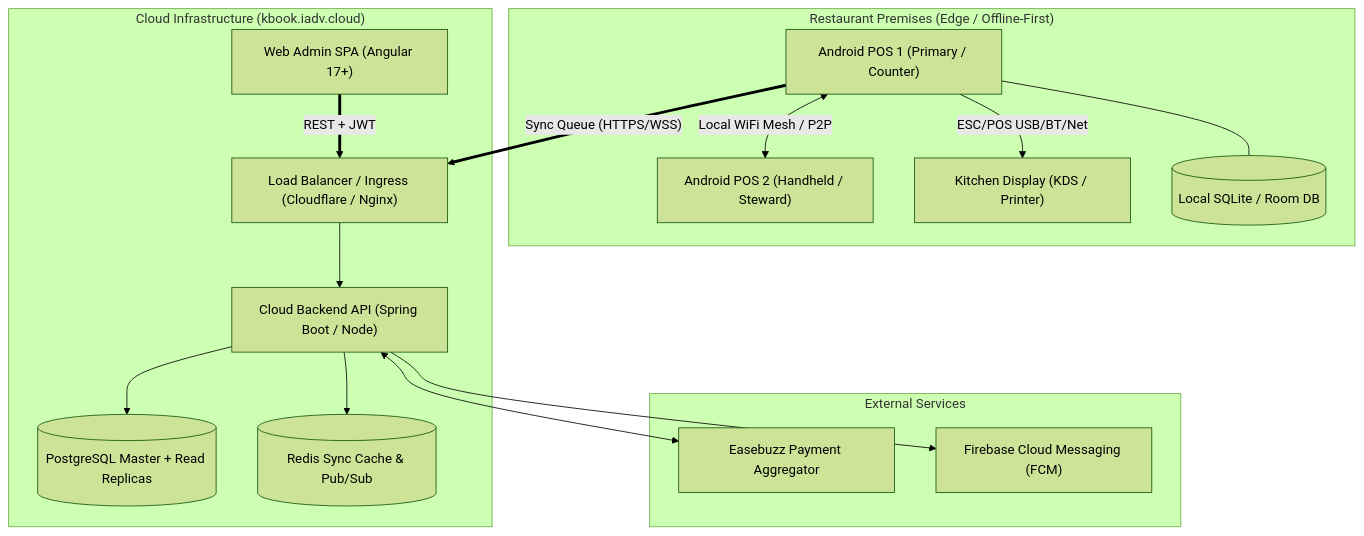
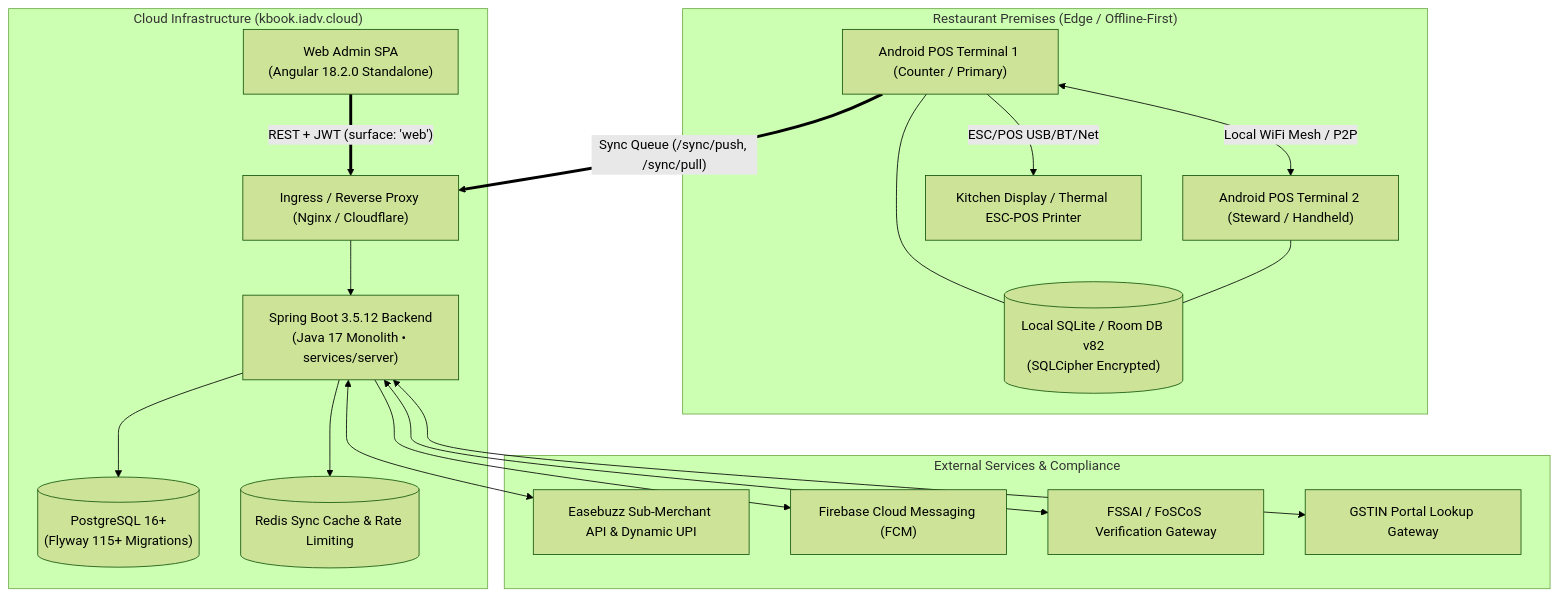
One commit to nandhakumarnagaraj/Kbook changed the first of 2 diagrams in ARCHITECTURE.md. Above: the diagram before and after it, drawn with Mermaid (forest theme). The commit also changed other lines of this file and 6 other files, not shown here.

````diff
--- a/ARCHITECTURE.md
+++ b/ARCHITECTURE.md
@@ -13,34 +13,39 @@
 ```mermaid
 flowchart TB
     subgraph Edge["Restaurant Premises (Edge / Offline-First)"]
-        POS1["Android POS 1 (Primary / Counter)"]
-        POS2["Android POS 2 (Handheld / Steward)"]
-        KDS["Kitchen Display (KDS / Printer)"]
+        POS1["Android POS Terminal 1 (Counter / Primary)"]
+        POS2["Android POS Terminal 2 (Steward / Handheld)"]
+        KDS["Kitchen Display / Thermal ESC-POS Printer"]
+        RoomDB[("Local SQLite / Room DB v82\n(SQLCipher Encrypted)")]
         
         POS1 <--> |Local WiFi Mesh / P2P| POS2
         POS1 --> |ESC/POS USB/BT/Net| KDS
-        POS1 --- SQLite[("Local SQLite / Room DB")]
+        POS1 --- RoomDB
+        POS2 --- RoomDB
     end
 
     subgraph Cloud["Cloud Infrastructure (kbook.iadv.cloud)"]
-        LB["Load Balancer / Ingress (Cloudflare / Nginx)"]
-        API["Cloud Backend API (Spring Boot / Node)"]
-        PG[("PostgreSQL Master + Read Replicas")]
-        Redis[("Redis Sync Cache & Pub/Sub")]
-        
-        WebAdmin["Web Admin SPA (Angular 17+)"]
+        LB["Ingress / Reverse Proxy (Nginx / Cloudflare)"]
+        Server["Spring Boot 3.5.12 Backend\n(Java 17 Monolith • services/server)"]
+        PG[("PostgreSQL 16+\n(Flyway 115+ Migrations)")]
+        Redis[("Redis Sync Cache & Rate Limiting")]
+        WebAdmin["Web Admin SPA\n(Angular 18.2.0 Standalone)"]
     end
 
-    subgraph Integrations["External Services"]
-        Easebuzz["Easebuzz Payment Aggregator"]
-        Firebase["Firebase Cloud Messaging (FCM)"]
+    subgraph Integrations["External Services & Compliance"]
+        Easebuzz["Easebuzz Sub-Merchant API & Dynamic UPI"]
+        FCM["Firebase Cloud Messaging (FCM)"]
+        FSSAI["FSSAI / FoSCoS Verification Gateway"]
+        GST["GSTIN Portal Lookup Gateway"]
     end
 
-    POS1 == Sync Queue (HTTPS/WSS) ==> LB
-    WebAdmin == REST + JWT ==> LB
-    LB --> API
-    API --> PG
-    API --> Redis
-    API <--> Easebuzz
-    API --> Firebase
+    POS1 == Sync Queue (/sync/push, /sync/pull) ==> LB
+    WebAdmin == REST + JWT (surface: 'web') ==> LB
+    LB --> Server
+    Server --> PG
+    Server --> Redis
+    Server <--> Easebuzz
+    Server --> FCM
+    Server <--> FSSAI
+    Server <--> GST
 ```
````
